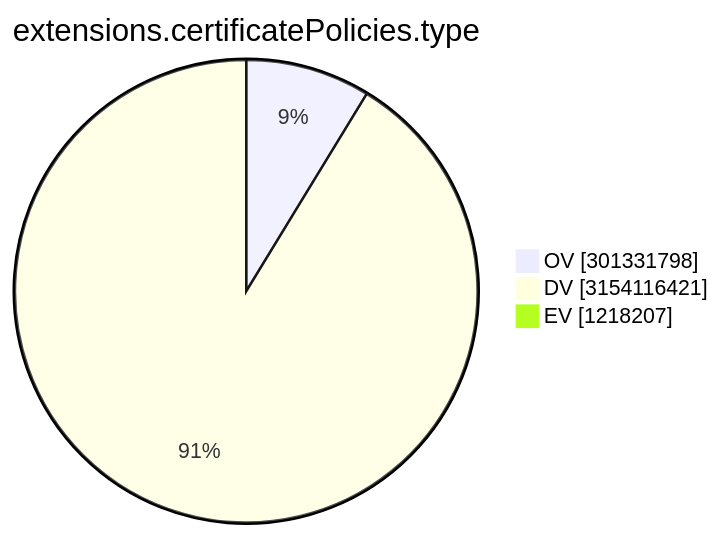
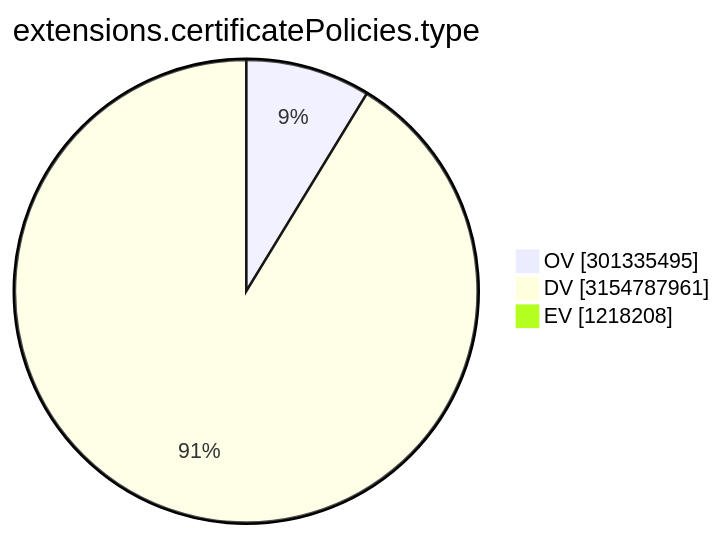
Before and after one commit to christiankrug/ctmonitor_visualization: the ninth of 15 diagrams in TOTAL/README.md, drawn with Mermaid. The commit also changed other lines of this file, not shown here.

````diff
--- a/TOTAL/README.md
+++ b/TOTAL/README.md
@@ -3105,7 +3105,7 @@
 ```mermaid
 pie showData
 title extensions.certificatePolicies.type
-"OV" :301331798
-"DV" :3154116421
-"EV" :1218207
+"OV" :301335495
+"DV" :3154787961
+"EV" :1218208
 ```
````
